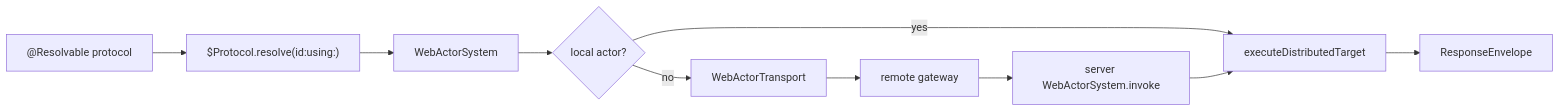
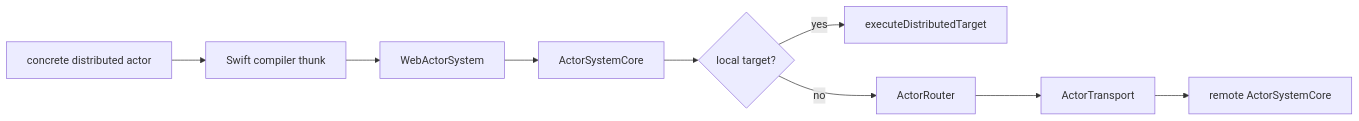
One commit to 1amageek/swift-web changed the diagram in Sources/SwiftWebRuntime/Actors/README.md. Above: the diagram before and after it, drawn with Mermaid. The commit also changed other lines of this file and 331 other files, not shown here.

Commit message:
Add transport-independent actor system for WASM and Embedded

````diff
--- a/Sources/SwiftWebRuntime/Actors/README.md
+++ b/Sources/SwiftWebRuntime/Actors/README.md
@@ -21,12 +25,11 @@
 ```mermaid
 flowchart LR
-  A["@Resolvable protocol"] --> B["$Protocol.resolve(id:using:)"]
-  B --> C["WebActorSystem"]
-  C --> D{"local actor?"}
-  D -->|yes| E["executeDistributedTarget"]
-  D -->|no| F["WebActorTransport"]
-  F --> G["remote gateway"]
-  G --> H["server WebActorSystem.invoke"]
-  H --> E
-  E --> I["ResponseEnvelope"]
+  Actor["concrete distributed actor"] --> Compiler["Swift compiler thunk"]
+  Compiler --> Facade["WebActorSystem"]
+  Facade --> Core["ActorSystemCore"]
+  Core --> Local{"local target?"}
+  Local -->|yes| Execute["executeDistributedTarget"]
+  Local -->|no| Router["ActorRouter"]
+  Router --> Transport["ActorTransport"]
+  Transport --> Peer["remote ActorSystemCore"]
 ```
````
